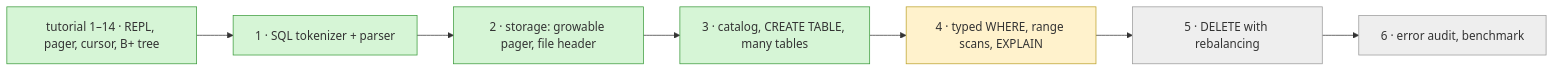
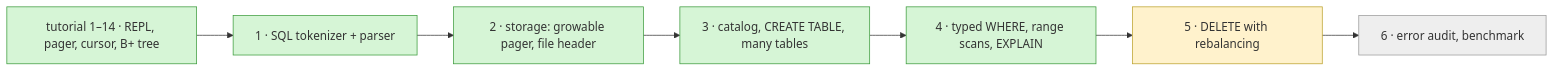
Diagram 22 of 22 in README.md (Rohitangshu2026/mini-sql), drawn with Mermaid before and after one commit. The commit also changed other lines of this file, not shown here.

````diff
--- a/README.md
+++ b/README.md
@@ -1377,17 +1538,17 @@
 ```mermaid
 flowchart LR
     A["tutorial 1–14 · REPL, pager, cursor, B+ tree"] --> S1["1 · SQL tokenizer + parser"]
     S1 --> S2["2 · storage: growable pager, file header"]
     S2 --> S3["3 · catalog, CREATE TABLE, many tables"]
     S3 --> S4["4 · typed WHERE, range scans, EXPLAIN"]
     S4 --> S5["5 · DELETE with rebalancing"]
     S5 --> S6["6 · error audit, benchmark"]
 
     classDef done fill:#d6f5d6,stroke:#3a9a3a;
     classDef now fill:#fff2cc,stroke:#bba12a;
     classDef todo fill:#eeeeee,stroke:#999999;
 
-    class A,S1,S2,S3 done;
-    class S4 now;
-    class S5,S6 todo;
+    class A,S1,S2,S3,S4 done;
+    class S5 now;
+    class S6 todo;
 ```
````
